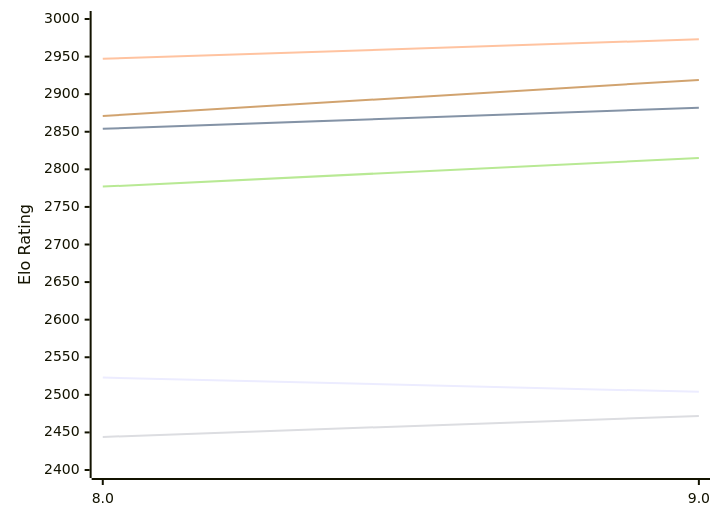
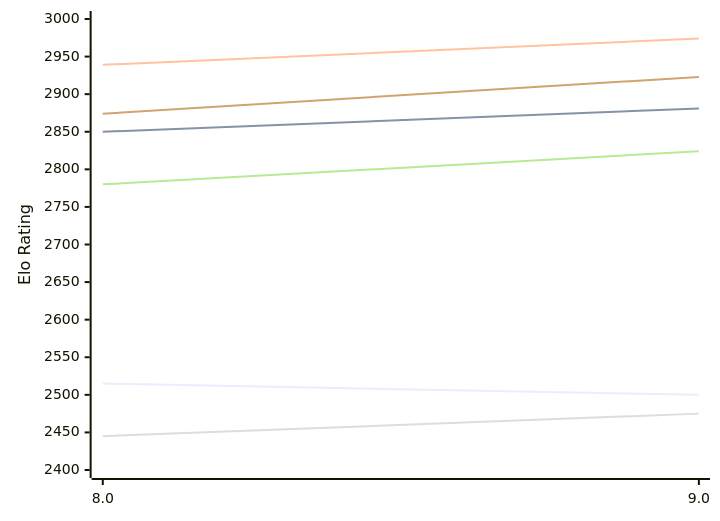
One commit to computer-chess-index/cci changed the first of 2 diagrams in engines/4kc.md. Above: the diagram before and after it, drawn with Mermaid. The commit also changed other lines of this file, not shown here.

Commit message:
Update CCI Ratings (ELO VLTC) - 2026-11-24

````diff
--- a/engines/4kc.md
+++ b/engines/4kc.md
@@ -51,12 +51,12 @@
 ```mermaid
 %%{init: {"theme":"base","themeVariables":{"seriesColors:['#a3a3a3','#222221','#faa371']}}}%%
 xychart-beta
   x-axis ["8.0", "9.0"]
   y-axis "Elo Rating" 2400 --> 3000
-  line "E1: STC (8.0+0.08s)" [2523, 2504]
-  line "E1: LTC (60.0+0.60s)" [2854, 2882]
-  line "E1: VLTC (2m24s+1.12s)" [2947, 2973]
-  line "P1: STC (8.0+0.08s)" [2444, 2472]
-  line "P1: LTC (60.0+0.60s)" [2777, 2815]
-  line "P1: VLTC (2m24s+1.12s)" [2871, 2919]
+  line "E1: STC (8.0+0.08s)" [2515, 2500]
+  line "E1: LTC (60.0+0.60s)" [2850, 2881]
+  line "E1: VLTC (2m24s+1.12s)" [2939, 2974]
+  line "P1: STC (8.0+0.08s)" [2445, 2475]
+  line "P1: LTC (60.0+0.60s)" [2780, 2824]
+  line "P1: VLTC (2m24s+1.12s)" [2874, 2923]
 ```
````
